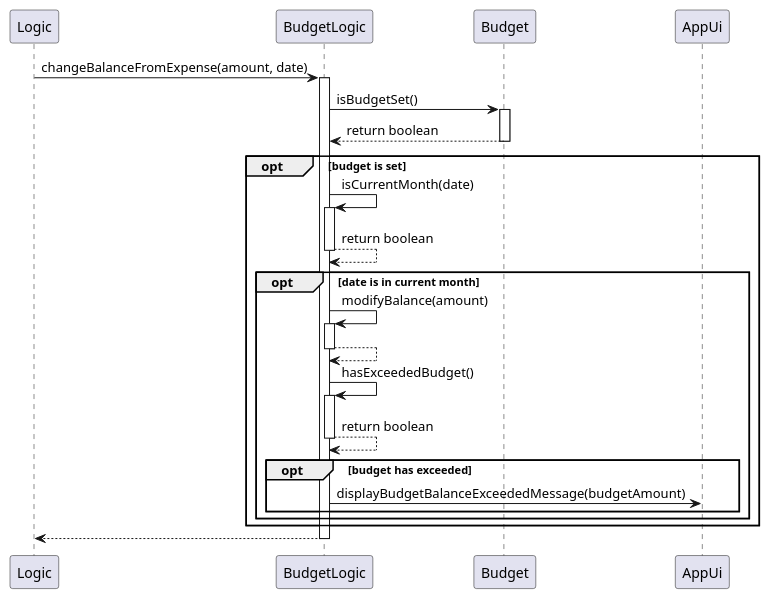
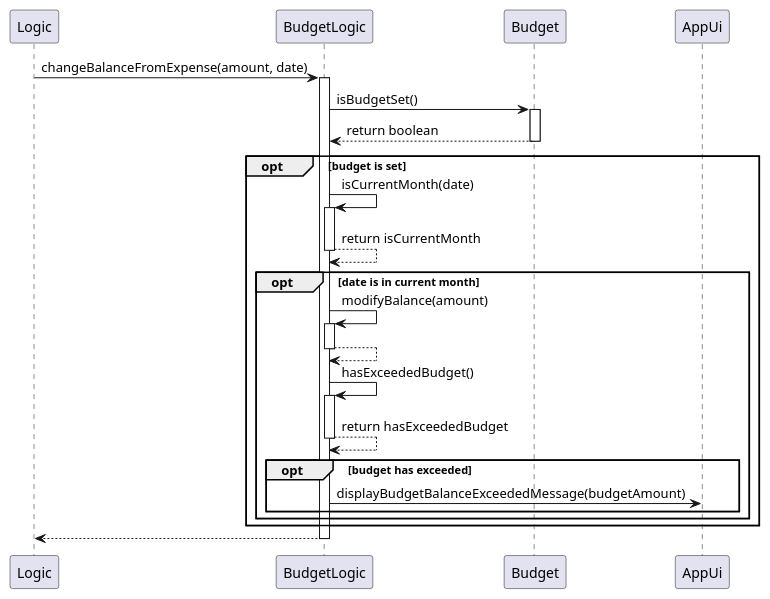
One commit to nus-cs2113-AY2425S1/tp changed the diagram in docs/UML/changeBalanceFromExpense.puml. Above: the diagram before and after it, drawn with PlantUML. The commit also changed 4 other files, not shown here.

```diff
--- a/docs/UML/changeBalanceFromExpense.puml
+++ b/docs/UML/changeBalanceFromExpense.puml
@@ -1,41 +1,41 @@
 @startuml
 participant Logic
 participant BudgetLogic
 participant Budget
 participant AppUi
 
 
 Logic -> BudgetLogic: changeBalanceFromExpense(amount, date)
 activate BudgetLogic
 
 BudgetLogic -> Budget: isBudgetSet()
 activate Budget
 Budget --> BudgetLogic: return boolean
 deactivate Budget
 
 opt budget is set
     BudgetLogic -> BudgetLogic: isCurrentMonth(date)
     activate BudgetLogic
-    BudgetLogic --> BudgetLogic: return boolean
+    BudgetLogic --> BudgetLogic: return isCurrentMonth
     deactivate BudgetLogic
 
     opt date is in current month
         BudgetLogic -> BudgetLogic: modifyBalance(amount)
         activate BudgetLogic
         BudgetLogic --> BudgetLogic
         deactivate BudgetLogic
 
         BudgetLogic -> BudgetLogic: hasExceededBudget()
         activate BudgetLogic
-        BudgetLogic --> BudgetLogic: return boolean
+        BudgetLogic --> BudgetLogic: return hasExceededBudget
         deactivate BudgetLogic
 
         opt budget has exceeded
             BudgetLogic -> AppUi: displayBudgetBalanceExceededMessage(budgetAmount)
         end
     end
 end
 
 BudgetLogic --> Logic
 deactivate BudgetLogic
 @enduml
```
